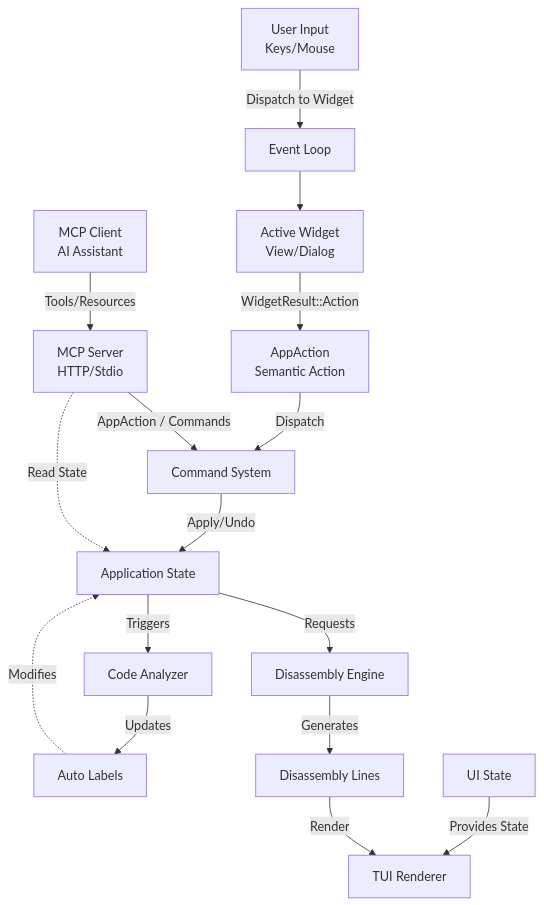
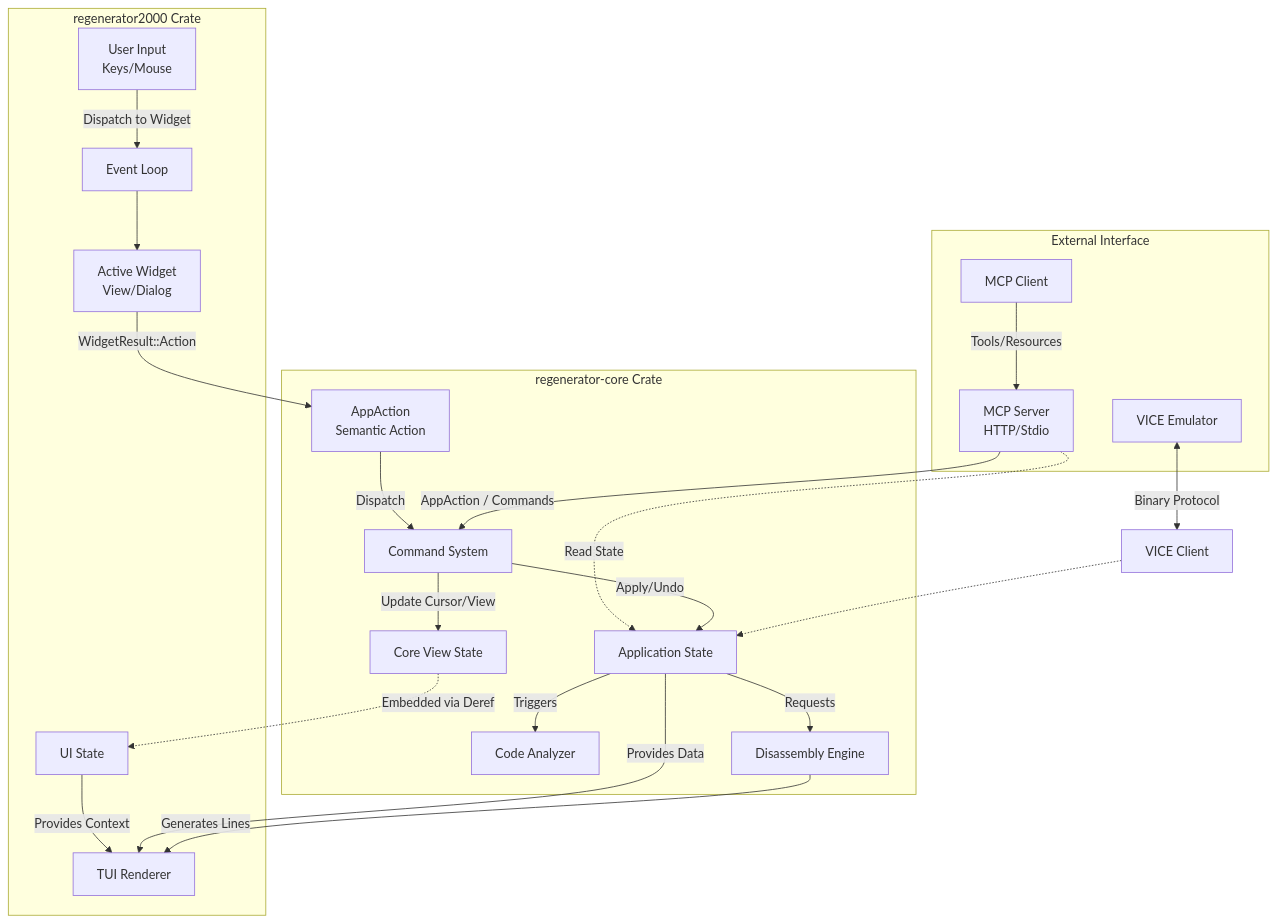
One commit to ricardoquesada/regenerator2000 changed the diagram in docs/architecture.md. Above: the diagram before and after it, drawn with Mermaid. The commit also changed other lines of this file, not shown here.

Commit message:
doc: Update architecture documentation to reflect the new `regenerator-core` and `regenerator2000` crate workspace structure.

````diff
--- a/docs/architecture.md
+++ b/docs/architecture.md
@@ -7,33 +7,48 @@
 ```mermaid
 flowchart TD
-    Input[User Input<br/>Keys/Mouse]
-    MCPClient[MCP Client<br/>AI Assistant]
-    EventLoop[Event Loop]
-    Widget[Active Widget<br/>View/Dialog]
-    MCPServer[MCP Server<br/>HTTP/Stdio]
-    Action[AppAction<br/>Semantic Action]
-    CommandSys[Command System]
-    AppState[Application State]
-    Analyzer[Code Analyzer]
-    Labels[Auto Labels]
-    DisasmEngine[Disassembly Engine]
-    DisasmLines[Disassembly Lines]
-    Renderer[TUI Renderer]
-    UIState[UI State]
+    subgraph r2k [regenerator2000 Crate]
+        Input[User Input<br/>Keys/Mouse]
+        EventLoop[Event Loop]
+        Widget[Active Widget<br/>View/Dialog]
+        Renderer[TUI Renderer]
+        UIState[UI State]
+    end
+
+    subgraph core [regenerator-core Crate]
+        Action[AppAction<br/>Semantic Action]
+        CommandSys[Command System]
+        AppState[Application State]
+        CoreViewState[Core View State]
+        Analyzer[Code Analyzer]
+        DisasmEngine[Disassembly Engine]
+    end
+
+    subgraph Interface [External Interface]
+        MCPClient[MCP Client]
+        MCPServer[MCP Server<br/>HTTP/Stdio]
+        VICE[VICE Emulator]
+    end
 
     Input -->|Dispatch to Widget| EventLoop
     EventLoop --> Widget
     Widget -->|WidgetResult::Action| Action
     Action -->|Dispatch| CommandSys
+
     MCPClient -->|Tools/Resources| MCPServer
     MCPServer -->|AppAction / Commands| CommandSys
     MCPServer -.->|Read State| AppState
+
     CommandSys -->|Apply/Undo| AppState
+    CommandSys -->|Update Cursor/View| CoreViewState
+
     AppState -->|Requests| DisasmEngine
     AppState -->|Triggers| Analyzer
-    Analyzer -->|Updates| Labels
-    Labels -.->|Modifies| AppState
-    DisasmEngine -->|Generates| DisasmLines
-    DisasmLines -->|Render| Renderer
-    UIState -->|Provides State| Renderer
+
+    CoreViewState -.->|Embedded via Deref| UIState
+    UIState -->|Provides Context| Renderer
+    AppState -->|Provides Data| Renderer
+    DisasmEngine -->|Generates Lines| Renderer
+
+    VICE <-->|Binary Protocol| ViceClient[VICE Client]
+    ViceClient -.-> AppState
 ```
````
